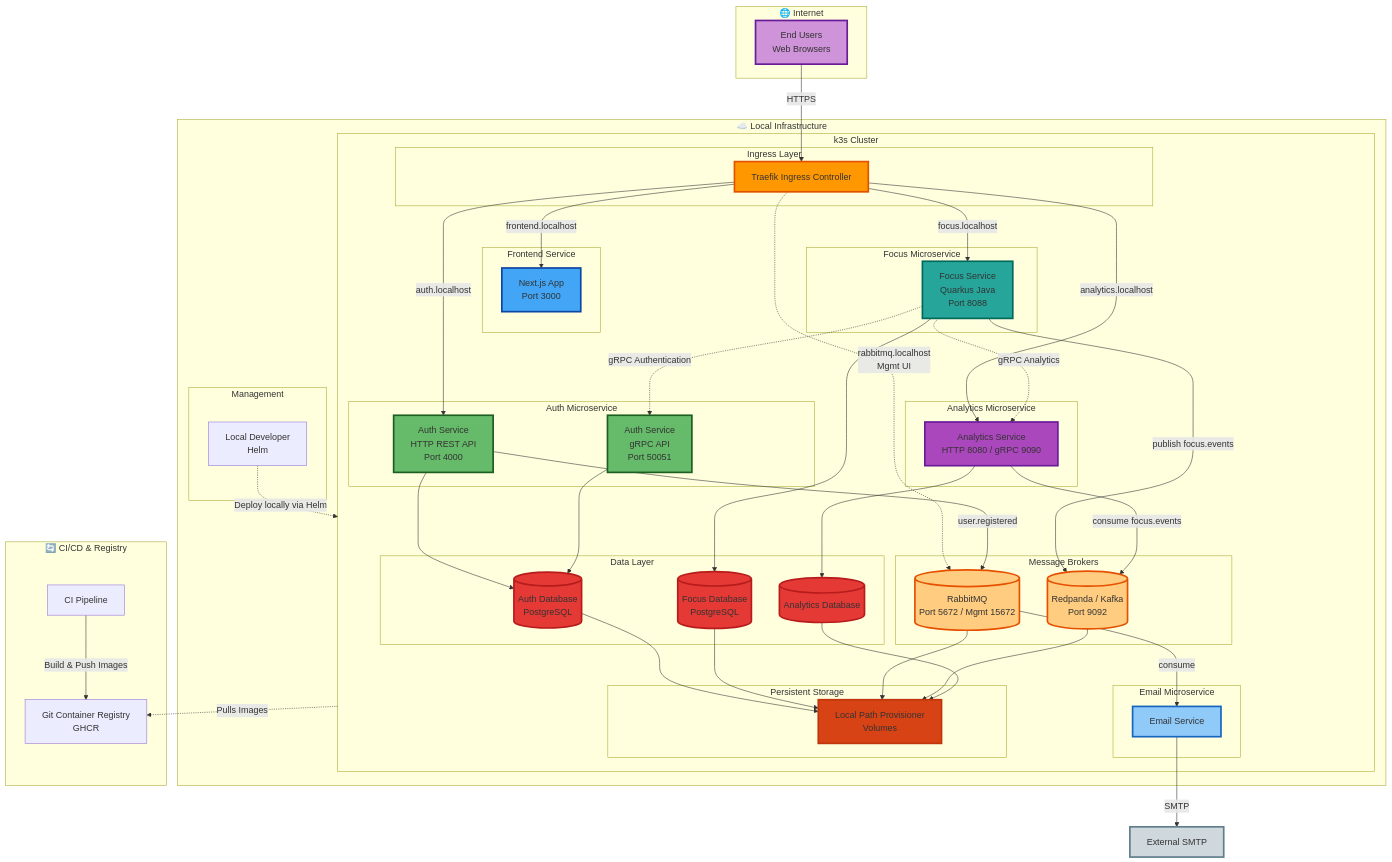
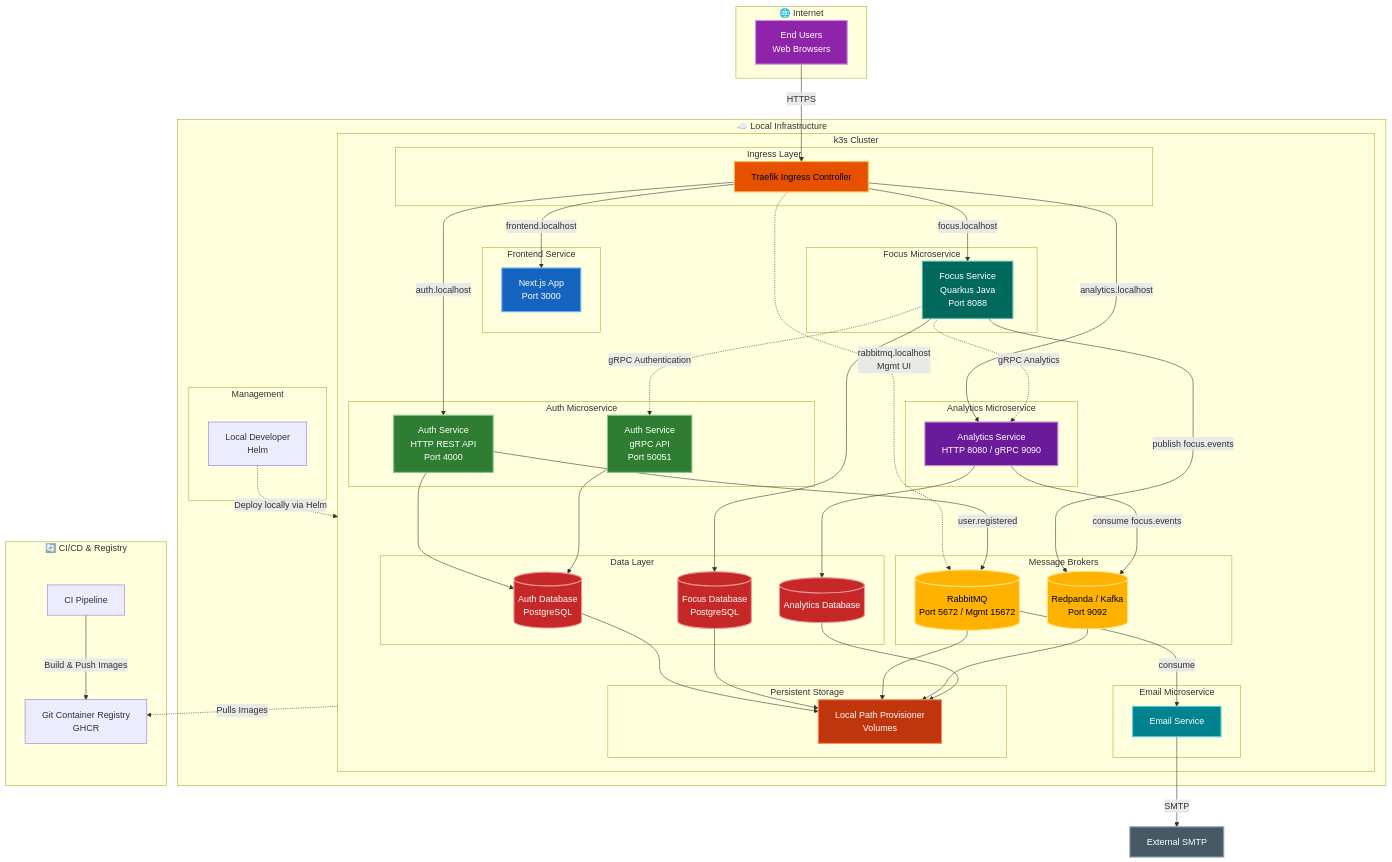
One commit to CloudNativeDevelopmentTeamH/infra changed the first of 2 diagrams in architecture.md. Above: the diagram before and after it, drawn with Mermaid. The commit also changed other lines of this file and 1 other file, not shown here.

````diff
--- a/architecture.md
+++ b/architecture.md
@@ -101,19 +101,19 @@
     K3s -.->|Pulls Images| Registry
     Dev -.->|Deploy locally via Helm| K3s
 
-    style Users fill:#ce93d8,stroke:#6a1b9a,stroke-width:3px
-    style Traefik fill:#ff9800,stroke:#e65100,stroke-width:3px
-    style NextJS fill:#42a5f5,stroke:#0d47a1,stroke-width:3px
-    style AuthHTTP fill:#66bb6a,stroke:#1b5e20,stroke-width:3px
-    style AuthGRPC fill:#66bb6a,stroke:#1b5e20,stroke-width:3px
-    style FocusApp fill:#26a69a,stroke:#00695c,stroke-width:3px
-    style EmailApp fill:#90caf9,stroke:#1565c0,stroke-width:3px
-    style AnalyticsApp fill:#ab47bc,stroke:#6a1b9a,stroke-width:3px
-    style AuthDB fill:#e53935,stroke:#b71c1c,stroke-width:3px
-    style FocusDB fill:#e53935,stroke:#b71c1c,stroke-width:3px
-    style AnalyticsDB fill:#e53935,stroke:#b71c1c,stroke-width:3px
-    style RabbitMQ fill:#ffcc80,stroke:#e65100,stroke-width:3px
-    style Redpanda fill:#ffcc80,stroke:#e65100,stroke-width:3px
-    style ExternalSMTP fill:#cfd8dc,stroke:#607d8b,stroke-width:3px
-    style LocalPath fill:#d84315,stroke:#bf360c,stroke-width:3px
+    style Users fill:#8e24aa,stroke:#ce93d8,stroke-width:2px,color:#fff
+    style Traefik fill:#e65100,stroke:#ffb74d,stroke-width:2px,color:#000
+    style NextJS fill:#1565c0,stroke:#64b5f6,stroke-width:2px,color:#fff
+    style AuthHTTP fill:#2e7d32,stroke:#81c784,stroke-width:2px,color:#fff
+    style AuthGRPC fill:#2e7d32,stroke:#81c784,stroke-width:2px,color:#fff
+    style FocusApp fill:#00695c,stroke:#4db6ac,stroke-width:2px,color:#fff
+    style EmailApp fill:#00838f,stroke:#4dd0e1,stroke-width:2px,color:#fff
+    style AnalyticsApp fill:#6a1b9a,stroke:#ce93d8,stroke-width:2px,color:#fff
+    style AuthDB fill:#c62828,stroke:#ef9a9a,stroke-width:2px,color:#fff
+    style FocusDB fill:#c62828,stroke:#ef9a9a,stroke-width:2px,color:#fff
+    style AnalyticsDB fill:#c62828,stroke:#ef9a9a,stroke-width:2px,color:#fff
+    style RabbitMQ fill:#ffb300,stroke:#ffe082,stroke-width:2px,color:#000
+    style Redpanda fill:#ffb300,stroke:#ffe082,stroke-width:2px,color:#000
+    style ExternalSMTP fill:#455a64,stroke:#90a4ae,stroke-width:2px,color:#fff
+    style LocalPath fill:#bf360c,stroke:#ff8a65,stroke-width:2px,color:#fff
 ```
````
